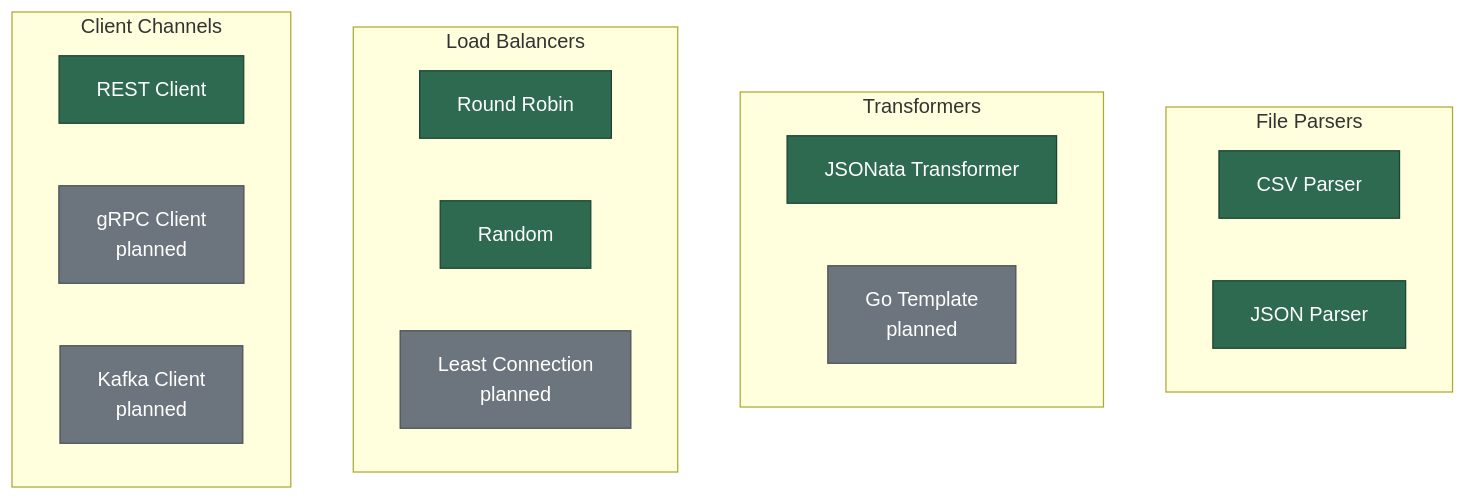
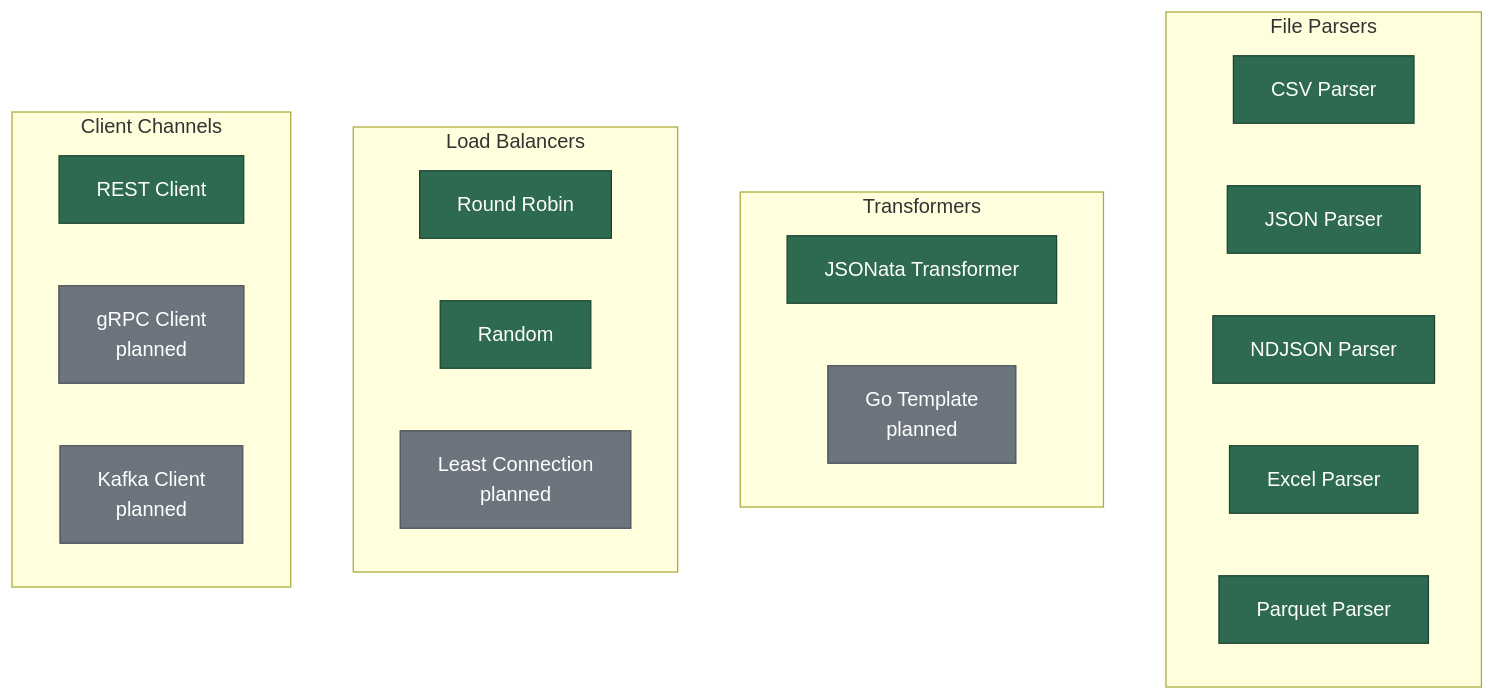
One commit to Dhi13man/bombardment-runner changed the second of 2 diagrams in README.md. Above: the diagram before and after it, drawn with Mermaid. The commit also changed other lines of this file and 56 other files, not shown here.

First line of the commit message:
feat(parsing): add NDJSON, Excel parsers with streaming and auto-detection (#42)

````diff
--- a/README.md
+++ b/README.md
@@ -212,38 +216,44 @@
 ```mermaid
 flowchart TD
     subgraph Parsers[File Parsers]
         CSV[CSV Parser]
         JSON_P[JSON Parser]
+        NDJSON[NDJSON Parser]
+        EXCEL[Excel Parser]
+        PARQUET[Parquet Parser]
     end
 
     subgraph Transformers[Transformers]
         JSONata[JSONata Transformer]
         GoTpl[Go Template<br>planned]
     end
 
     subgraph LoadBalancers[Load Balancers]
         RR[Round Robin]
         Rand[Random]
         LC[Least Connection<br>planned]
     end
 
     subgraph Clients[Client Channels]
         REST[REST Client]
         GRPC[gRPC Client<br>planned]
         Kafka[Kafka Client<br>planned]
     end
 
     classDef implemented fill:#2d6a4f,stroke:#1b4332,color:#fff
     classDef planned fill:#6c757d,stroke:#495057,color:#fff
 
     CSV:::implemented
     JSON_P:::implemented
+    NDJSON:::implemented
+    EXCEL:::implemented
+    PARQUET:::implemented
     JSONata:::implemented
     GoTpl:::planned
     RR:::implemented
     Rand:::implemented
     LC:::planned
     REST:::implemented
     GRPC:::planned
     Kafka:::planned
 ```
````
